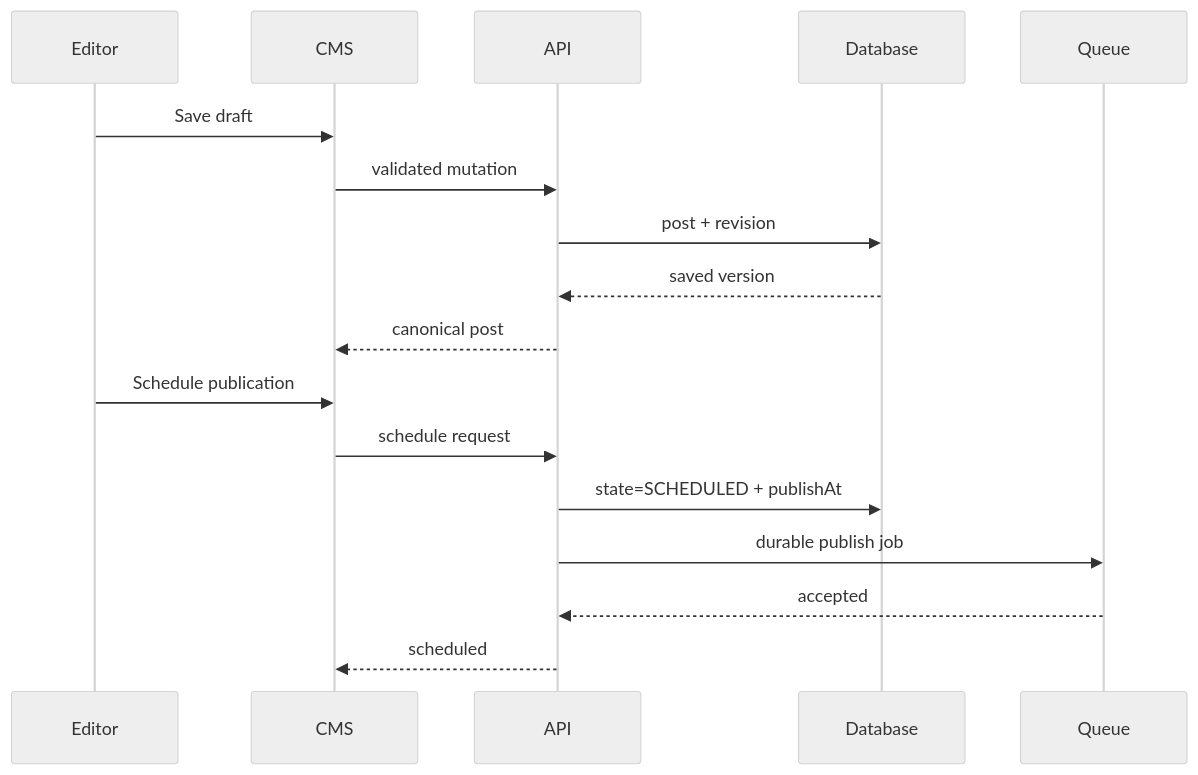
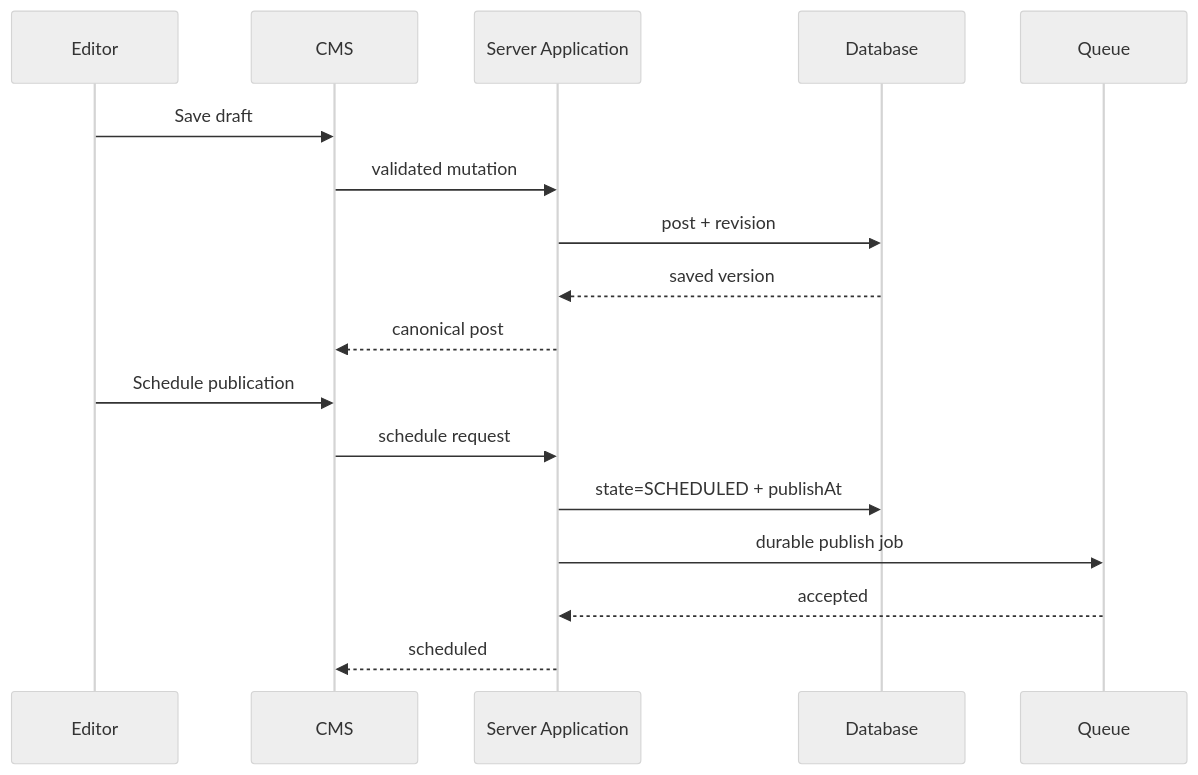
The third of 5 diagrams in docs/ARCHITECTURE.md (YounasKhan2/living-journal), drawn with Mermaid (neutral theme) before and after one commit. The commit also changed other lines of this file, not shown here.

Commit message:
docs: lock production architecture to Next.js

````diff
--- a/docs/ARCHITECTURE.md
+++ b/docs/ARCHITECTURE.md
@@ -132,21 +146,21 @@
 ```mermaid
 sequenceDiagram
   participant E as Editor
   participant C as CMS
-  participant A as API
+  participant A as Server Application
   participant D as Database
   participant Q as Queue
 
   E->>C: Save draft
   C->>A: validated mutation
   A->>D: post + revision
   D-->>A: saved version
   A-->>C: canonical post
 
   E->>C: Schedule publication
   C->>A: schedule request
   A->>D: state=SCHEDULED + publishAt
   A->>Q: durable publish job
   Q-->>A: accepted
   A-->>C: scheduled
 ```
````
